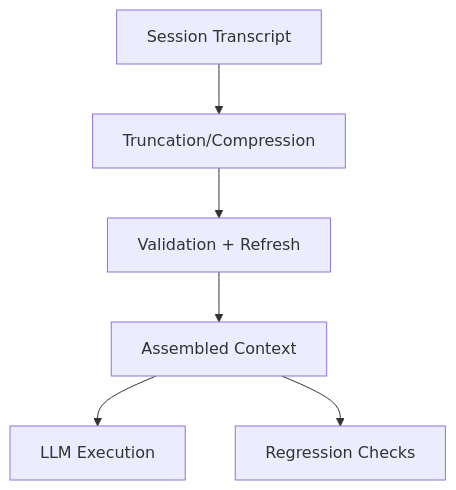
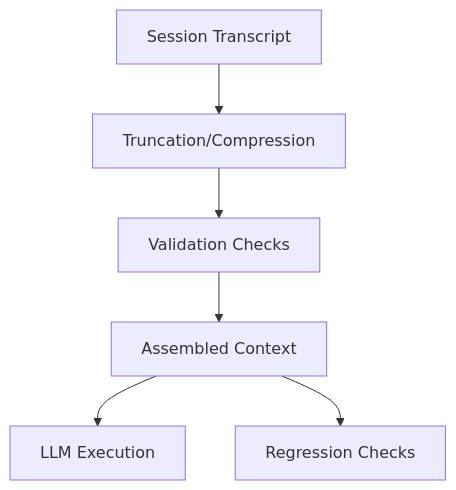
The diagram in examples/long-session-stability-harness/PRD.md (ShaileshRawat1403/context-engineering-core), drawn with Mermaid before and after one commit. The commit also changed other lines of this file and 22 other files, not shown here.

````diff
--- a/examples/long-session-stability-harness/PRD.md
+++ b/examples/long-session-stability-harness/PRD.md
@@ -12,8 +13,8 @@
 ```mermaid
 flowchart TD
     Logs[Session Transcript] --> Trunc[Truncation/Compression]
-    Trunc --> Validate[Validation + Refresh]
+    Trunc --> Validate[Validation Checks]
     Validate --> Assemble[Assembled Context]
     Assemble --> LLM[LLM Execution]
     Assemble --> Tests[Regression Checks]
 ```
````
